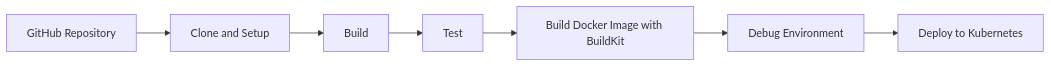
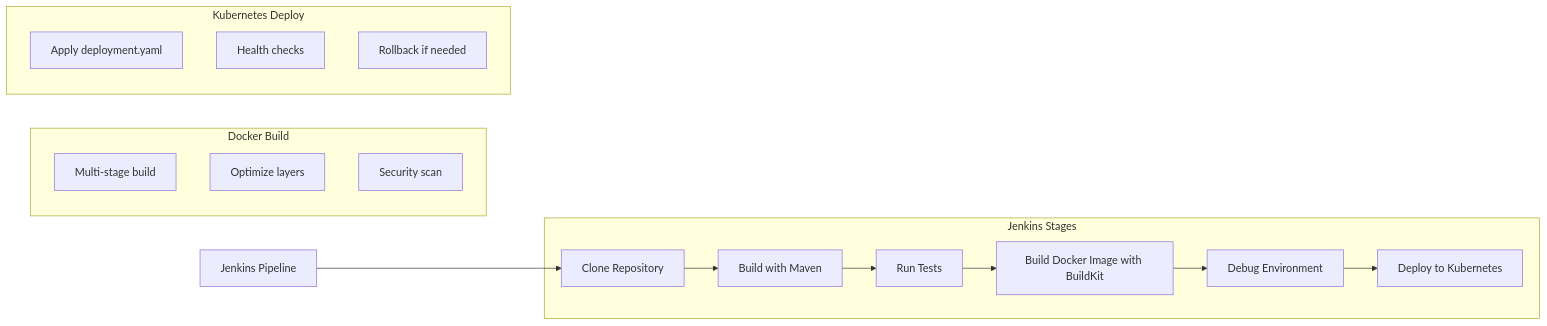
One commit to Vinskao/ty-multiverse-backend changed diagram 13 of 13 in README.md. Above: the diagram before and after it, drawn with Mermaid. The commit also changed other lines of this file and 7 other files, not shown here.

````diff
--- a/README.md
+++ b/README.md
@@ -442,9 +619,30 @@
 ```mermaid
 graph LR
-    A[GitHub Repository] --> B[Clone and Setup]
-    B --> C[Build]
-    C --> D[Test]
+    A[Jenkins Pipeline] --> B[Clone Repository]
+    B --> C[Build with Maven]
+    C --> D[Run Tests]
     D --> E[Build Docker Image with BuildKit]
     E --> F[Debug Environment]
     F --> G[Deploy to Kubernetes]
+    
+    subgraph "Jenkins Stages"
+        B
+        C
+        D
+        E
+        F
+        G
+    end
+    
+    subgraph "Docker Build"
+        E1[Multi-stage build]
+        E2[Optimize layers]
+        E3[Security scan]
+    end
+    
+    subgraph "Kubernetes Deploy"
+        G1[Apply deployment.yaml]
+        G2[Health checks]
+        G3[Rollback if needed]
+    end
 ```
````
